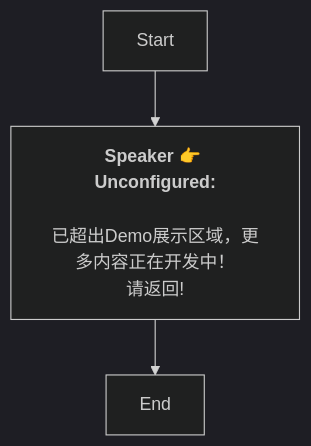
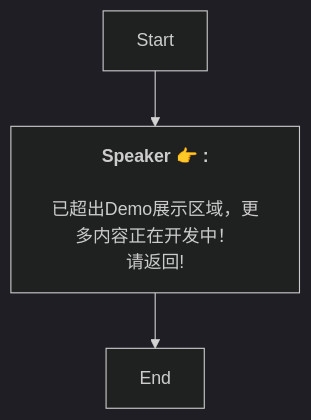
One commit to SoftHu/tos_avg changed the diagram in Zh/DemoTips.md. Above: the diagram before and after it, drawn with Mermaid (dark theme). The commit also changed 737 other files, not shown here.

````diff
--- a/Zh/DemoTips.md
+++ b/Zh/DemoTips.md
@@ -1,9 +1,8 @@
 ```mermaid
 graph
-Start -->1731547103633499[<b>Speaker 👉 Unconfigured:</b>
-
-已超出Demo展示区域，更多内容正在开发中！
+Start -->1731547103633499[<b>Speaker 👉 :</b>
+\n已超出Demo展示区域，更多内容正在开发中！
 请返回!]
 1731547103633499 -->1731547111659612[End]
 
- ```
+```
````
